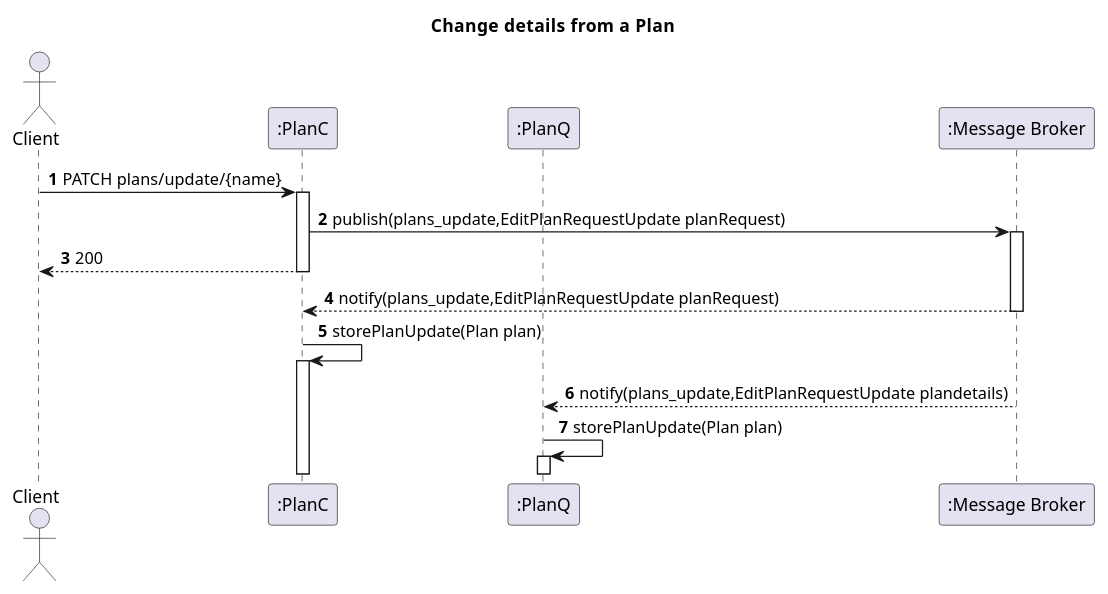
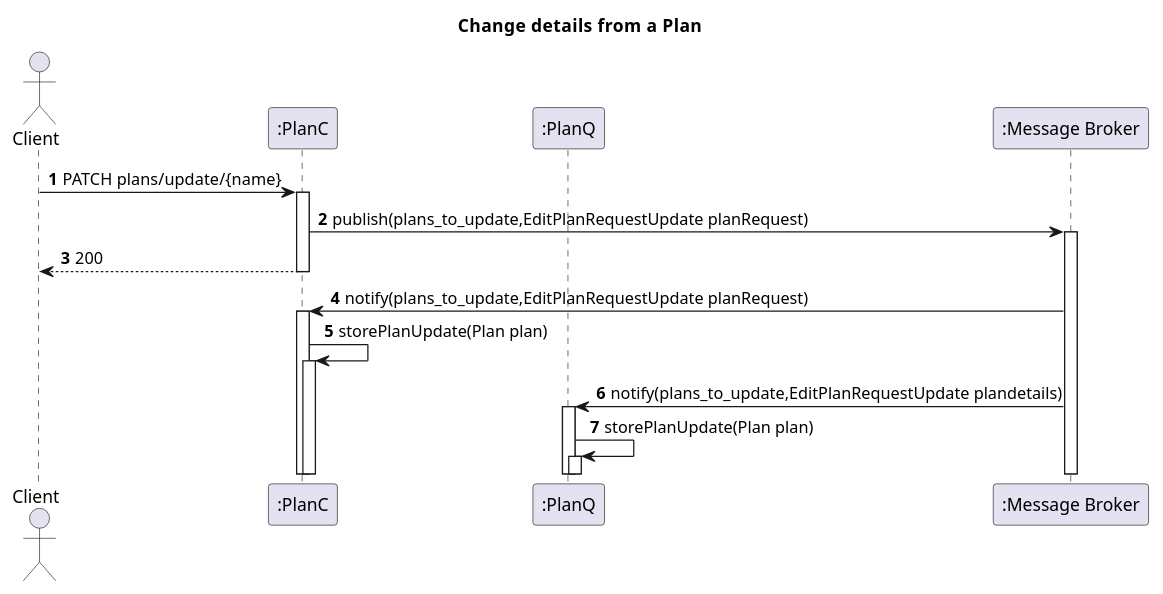
The diagram in docs_sidis/Segunda_Avalição/Plans/Vista_Logica/N2/N2_ChangeDetails_Plan.puml (IsepMartimOliveira/SIDIS), drawn with PlantUML before and after one commit. The commit also changed 34 other files, not shown here.

```diff
--- a/docs_sidis/Segunda_Avalição/Plans/Vista_Logica/N2/N2_ChangeDetails_Plan.puml
+++ b/docs_sidis/Segunda_Avalição/Plans/Vista_Logica/N2/N2_ChangeDetails_Plan.puml
@@ -1,26 +1,26 @@
 @startuml
 'https://plantuml.com/sequence-diagram
 autoactivate on
 autonumber
 title  Change details from  a  Plan
 
 autonumber
 
 actor "Client" as Ac
 participant ":PlanC" as Auth
 participant ":PlanQ" as Serv
 
 participant ":Message Broker" as Broker
 
 Ac->Auth:PATCH plans/update/{name}
-Auth->Broker: publish(plans_update,EditPlanRequestUpdate planRequest)
+Auth->Broker: publish(plans_to_update,EditPlanRequestUpdate planRequest)
 
 Auth-->Ac:200
 
 
-Broker-->Auth:notify(plans_update,EditPlanRequestUpdate planRequest)
+Broker->Auth:notify(plans_to_update,EditPlanRequestUpdate planRequest)
 Auth->Auth:storePlanUpdate(Plan plan)
 
-Broker-->Serv:notify(plans_update,EditPlanRequestUpdate plandetails)
+Broker->Serv:notify(plans_to_update,EditPlanRequestUpdate plandetails)
 Serv->Serv:storePlanUpdate(Plan plan)
 @enduml
```
